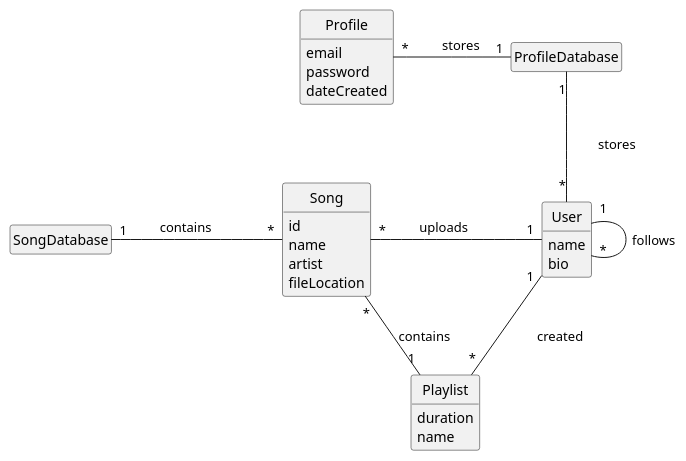
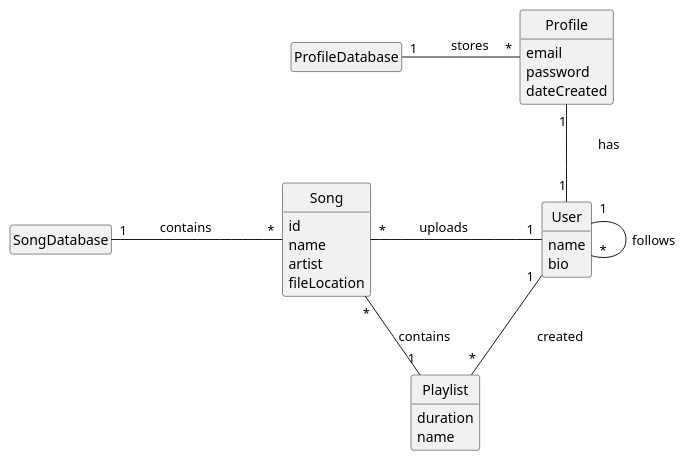
Before and after one commit to SamS317/VassarSpotify: the first of 4 diagrams in doc/design.md, drawn with PlantUML. The commit also changed other lines of this file and 3 other files, not shown here.

````diff
--- a/doc/design.md
+++ b/doc/design.md
@@ -3,50 +1,50 @@
+```plantuml
 @startuml
+'''Class Diagram
 
 hide circle
 hide empty methods
 hide empty attributes
 
-' classes
 class User{
 name
 bio
 }
 
 class ProfileDatabase{
 }
 
 class Profile{
 email
 password
 dateCreated
 }
 
 class SongDatabase{
 }
 
 
 class Song{
 id
 name
 artist
 fileLocation
 }
 
 class Playlist{
 duration
 name
 }
 
-' associations
 User "1" -down- "*" Playlist : \t created \t
 User "1" -left- "*" Song : \t uploads \t\t
 User "1" - "*" User : follows \t
 
-ProfileDatabase "1" -down- "*" User : \t stores \t
-ProfileDatabase "1" -left- "*" Profile : \t stores \t
+Profile "1" -down- "1" User : \t has \t
+ProfileDatabase "1" -right- "*" Profile : \t stores \t
 
 Playlist "1" -up- "*" Song : contains \t
 
 SongDatabase "1" - "*" Song : \t contains \t\t
-
 @enduml
+```
````
